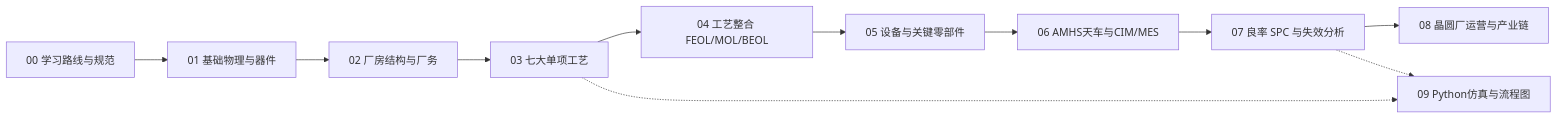
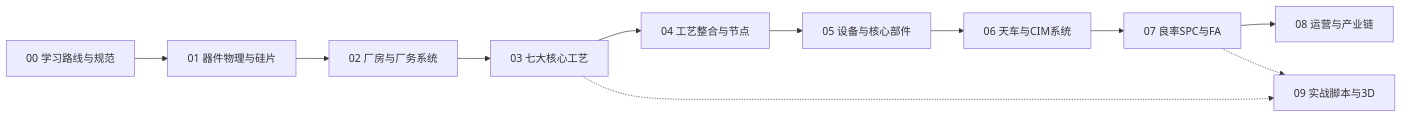
The diagram in README.md (xinjing-MD/wafer-fab-handbook), drawn with Mermaid before and after one commit. The commit also changed other lines of this file and 177 other files, not shown here.

````diff
--- a/README.md
+++ b/README.md
@@ -9,13 +9,13 @@
 ```mermaid
 flowchart LR
-    S0["00 学习路线与规范"] --> S1["01 基础物理与器件"]
-    S1 --> S2["02 厂房结构与厂务"]
-    S2 --> S3["03 七大单项工艺"]
-    S3 --> S4["04 工艺整合 FEOL/MOL/BEOL"]
-    S4 --> S5["05 设备与关键零部件"]
-    S5 --> S6["06 AMHS天车与CIM/MES"]
-    S6 --> S7["07 良率 SPC 与失效分析"]
-    S7 --> S8["08 晶圆厂运营与产业链"]
-    S3 -.-> S9["09 Python仿真与流程图"]
+    S0["00 学习路线与规范"] --> S1["01 器件物理与硅片"]
+    S1 --> S2["02 厂房与厂务系统"]
+    S2 --> S3["03 七大核心工艺"]
+    S3 --> S4["04 工艺整合与节点"]
+    S4 --> S5["05 设备与核心部件"]
+    S5 --> S6["06 天车与CIM系统"]
+    S6 --> S7["07 良率SPC与FA"]
+    S7 --> S8["08 运营与产业链"]
+    S3 -.-> S9["09 实战脚本与3D"]
     S7 -.-> S9
 ```
````
